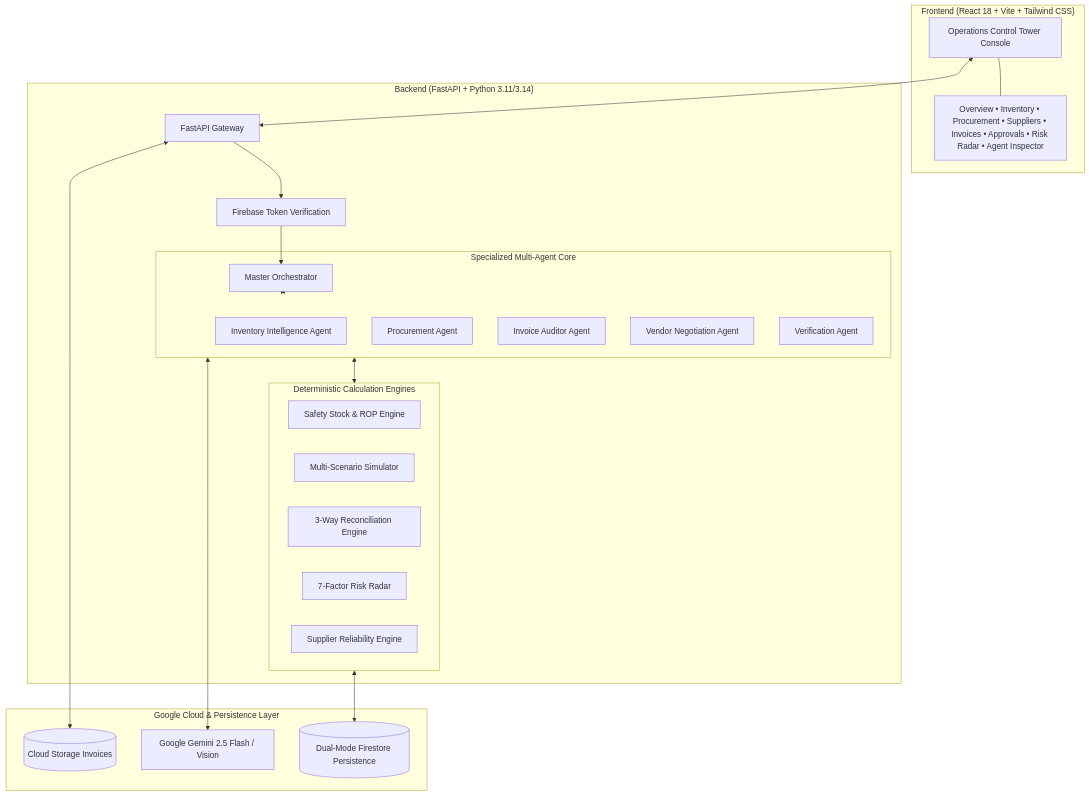
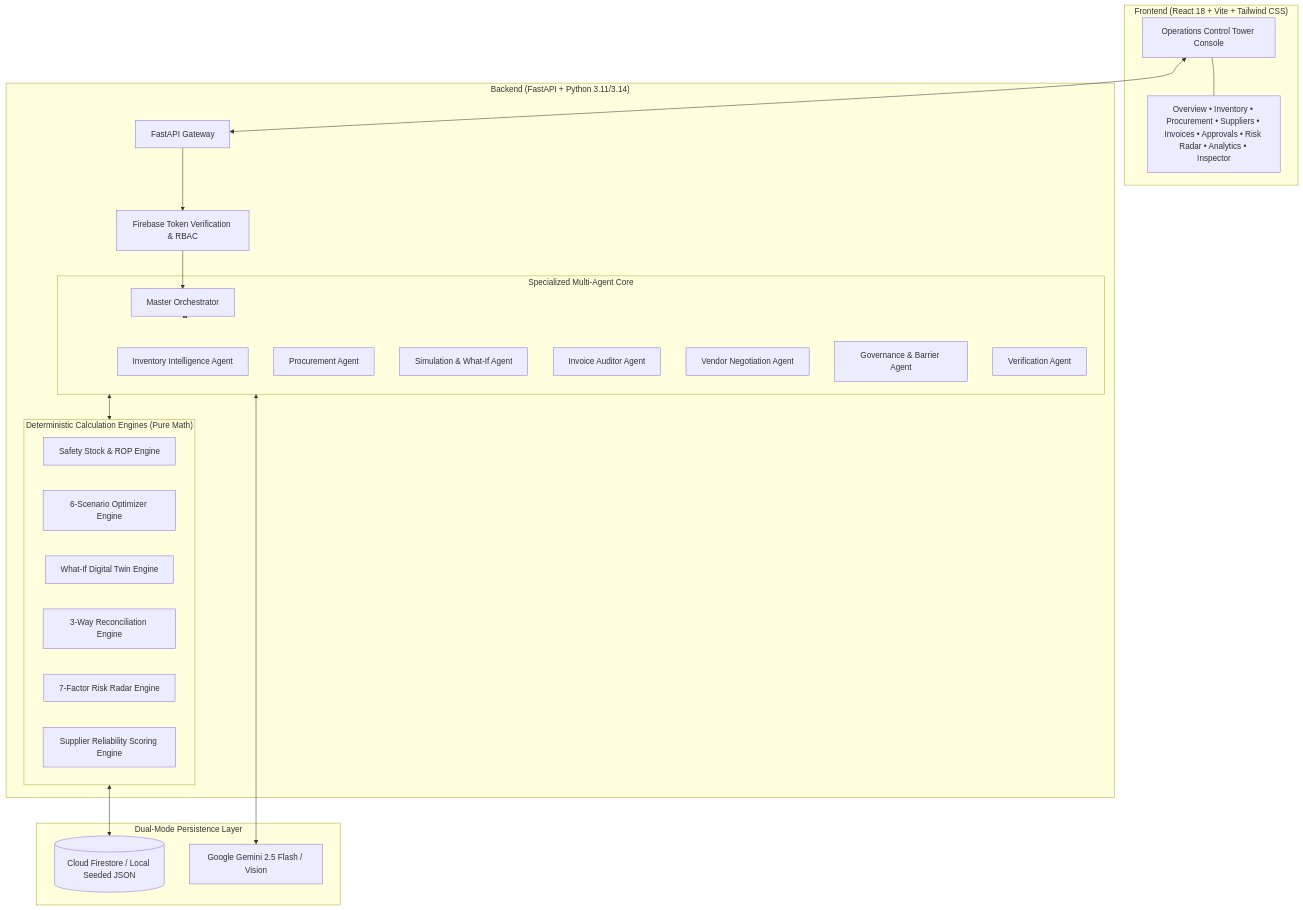
Before and after one commit to hidayathullahs/LEADSTOHELP: the diagram in README.md, drawn with Mermaid. The commit also changed other lines of this file and 26 other files, not shown here.

````diff
--- a/README.md
+++ b/README.md
@@ -54,44 +55,45 @@
 ```mermaid
 flowchart TB
     subgraph Frontend ["Frontend (React 18 + Vite + Tailwind CSS)"]
         UI[Operations Control Tower Console]
-        Views[Overview • Inventory • Procurement • Suppliers • Invoices • Approvals • Risk Radar • Agent Inspector]
+        Views[Overview • Inventory • Procurement • Suppliers • Invoices • Approvals • Risk Radar • Analytics • Inspector]
         UI --- Views
     end
 
     subgraph Backend ["Backend (FastAPI + Python 3.11/3.14)"]
         API[FastAPI Gateway]
-        Auth[Firebase Token Verification]
+        Auth[Firebase Token Verification & RBAC]
         
         subgraph Agents ["Specialized Multi-Agent Core"]
             Orch[Master Orchestrator]
             InvAgent[Inventory Intelligence Agent]
             ProcAgent[Procurement Agent]
+            SimAgent[Simulation & What-If Agent]
             InvAudAgent[Invoice Auditor Agent]
             NegAgent[Vendor Negotiation Agent]
+            GovAgent[Governance & Barrier Agent]
             VerAgent[Verification Agent]
         end
 
-        subgraph Engines ["Deterministic Calculation Engines"]
+        subgraph Engines ["Deterministic Calculation Engines (Pure Math)"]
             MathInv[Safety Stock & ROP Engine]
-            MathSim[Multi-Scenario Simulator]
+            MathSim[6-Scenario Optimizer Engine]
+            MathWhatIf[What-If Digital Twin Engine]
             MathDisc[3-Way Reconciliation Engine]
-            MathRisk[7-Factor Risk Radar]
-            MathScore[Supplier Reliability Engine]
+            MathRisk[7-Factor Risk Radar Engine]
+            MathScore[Supplier Reliability Scoring Engine]
         end
     end
 
-    subgraph Cloud ["Google Cloud & Persistence Layer"]
-        FS[(Dual-Mode Firestore Persistence)]
-        GCS[(Cloud Storage Invoices)]
+    subgraph Persistence ["Dual-Mode Persistence Layer"]
+        FS[(Cloud Firestore / Local Seeded JSON)]
         Gemini[Google Gemini 2.5 Flash / Vision]
     end
 
     UI <--> API
     API --> Auth --> Orch
     Orch <--> Agents
     Agents <--> Engines
     Engines <--> FS
     Agents <--> Gemini
-    API <--> GCS
 ```
````
